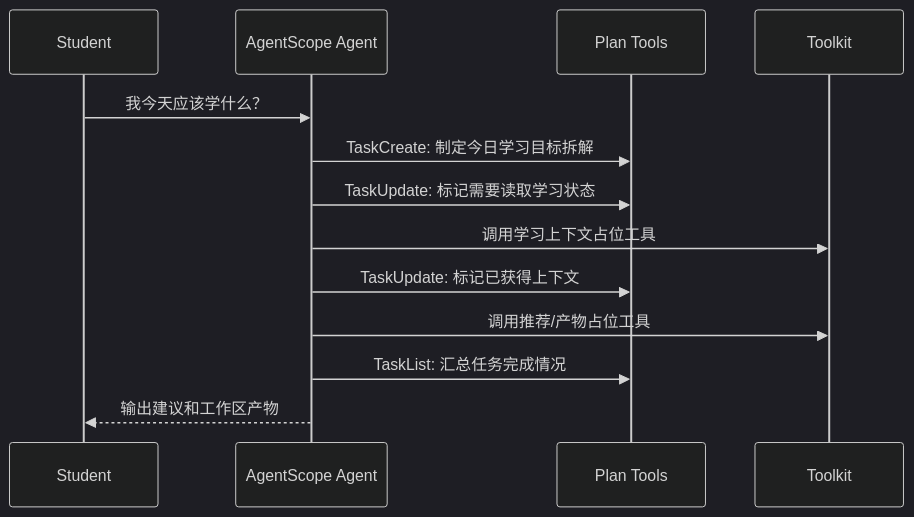
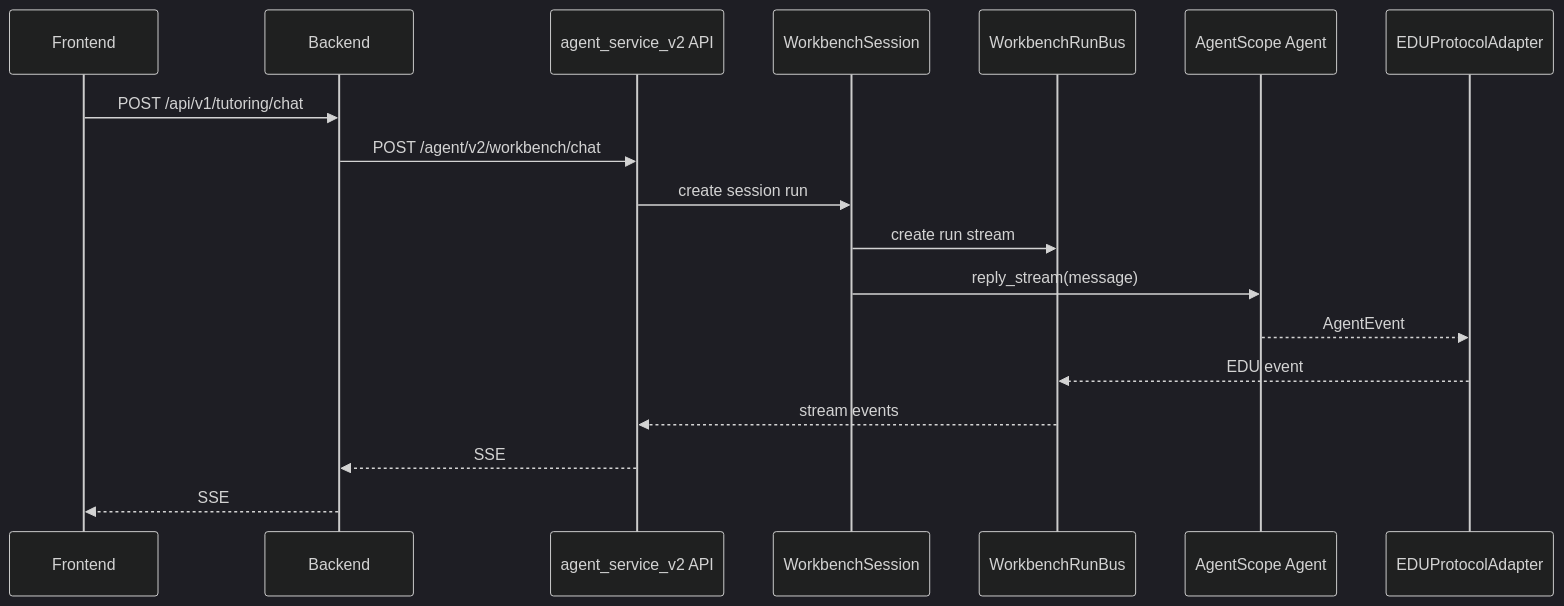
The third of 3 diagrams in docs/superpowers/specs/2026-06-30-aichat-workbench-v2-design.md (coding-leaf/DUagent), drawn with Mermaid (dark theme) before and after one commit. The commit also changed other lines of this file and 2 other files, not shown here.

````diff
--- a/docs/superpowers/specs/2026-06-30-aichat-workbench-v2-design.md
+++ b/docs/superpowers/specs/2026-06-30-aichat-workbench-v2-design.md
@@ -136,16 +240,21 @@
 ```mermaid
 sequenceDiagram
-  participant U as Student
+  participant FE as Frontend
+  participant BE as Backend
+  participant API as agent_service_v2 API
+  participant S as WorkbenchSession
+  participant B as WorkbenchRunBus
   participant A as AgentScope Agent
-  participant P as Plan Tools
-  participant T as Toolkit
+  participant P as EDUProtocolAdapter
 
-  U->>A: 我今天应该学什么？
-  A->>P: TaskCreate: 制定今日学习目标拆解
-  A->>P: TaskUpdate: 标记需要读取学习状态
-  A->>T: 调用学习上下文占位工具
-  A->>P: TaskUpdate: 标记已获得上下文
-  A->>T: 调用推荐/产物占位工具
-  A->>P: TaskList: 汇总任务完成情况
-  A-->>U: 输出建议和工作区产物
+  FE->>BE: POST /api/v1/tutoring/chat
+  BE->>API: POST /agent/v2/workbench/chat
+  API->>S: create session run
+  S->>B: create run stream
+  S->>A: reply_stream(message)
+  A-->>P: AgentEvent
+  P-->>B: EDU event
+  B-->>API: stream events
+  API-->>BE: SSE
+  BE-->>FE: SSE
 ```
````
